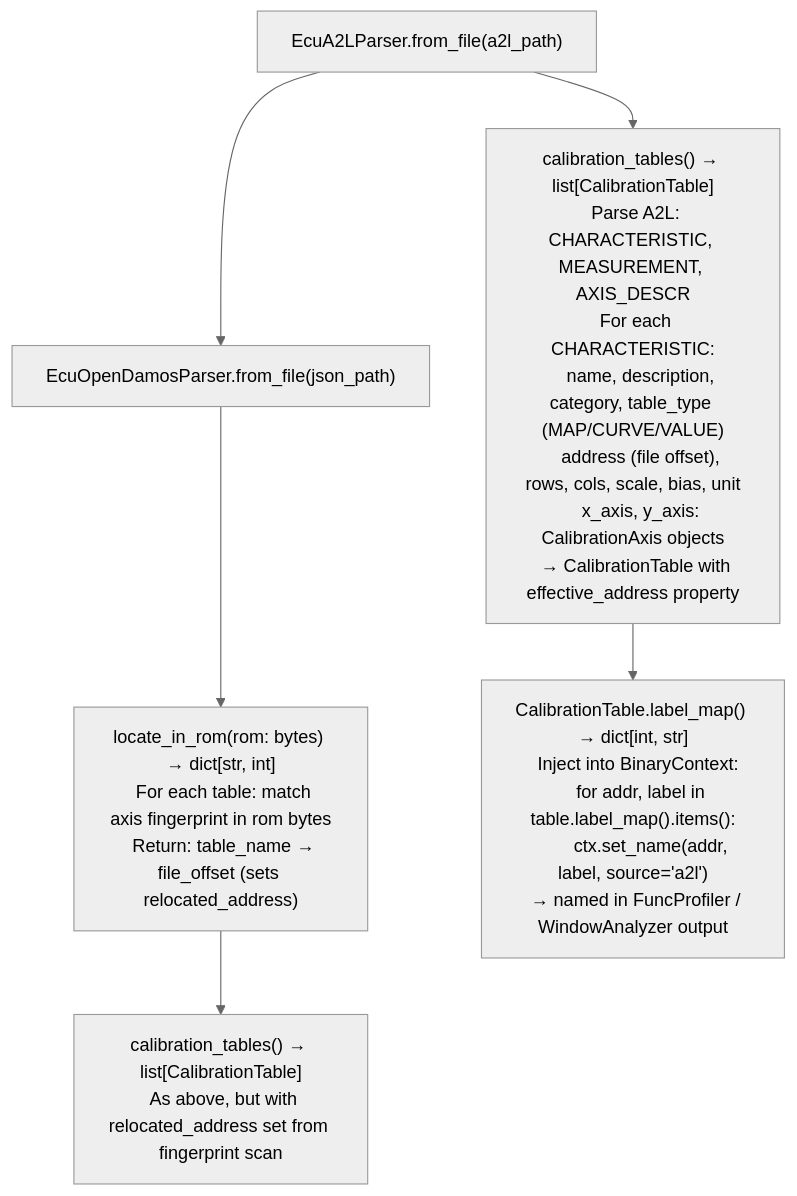
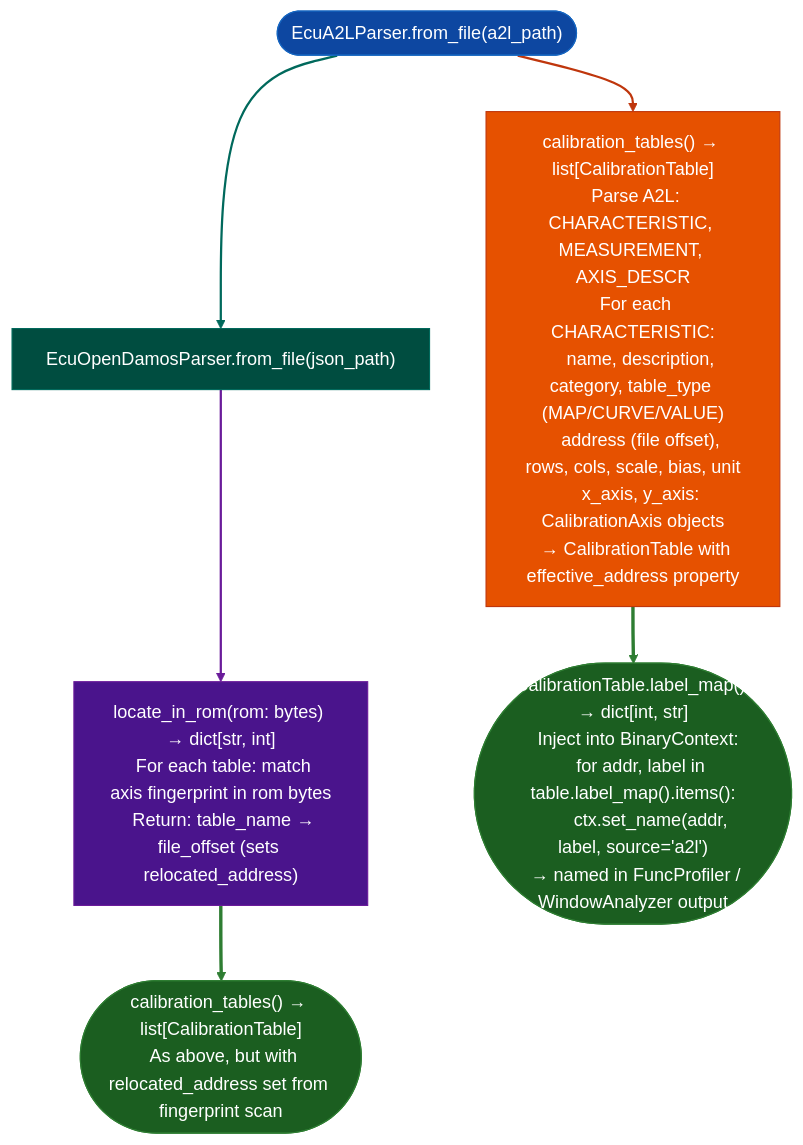
The diagram in docs/reference-modules/calibration-parsers.md (Ablation-Tool/ablation), drawn with Mermaid (neutral theme) before and after one commit. The commit also changed 320 other files, not shown here.

First line of the commit message:
docs: apply canonical Mermaid template to all 321 diagrams

````diff
--- a/docs/reference-modules/calibration-parsers.md
+++ b/docs/reference-modules/calibration-parsers.md
@@ -19,7 +19,18 @@
 ```mermaid
 flowchart TD
-    A["EcuA2LParser.from_file(a2l_path)"] --> B["calibration_tables() → list[CalibrationTable]\n  Parse A2L: CHARACTERISTIC, MEASUREMENT, AXIS_DESCR\n  For each CHARACTERISTIC:\n    name, description, category, table_type (MAP/CURVE/VALUE)\n    address (file offset), rows, cols, scale, bias, unit\n    x_axis, y_axis: CalibrationAxis objects\n  → CalibrationTable with effective_address property"]
-    A --> C["EcuOpenDamosParser.from_file(json_path)"] --> D["locate_in_rom(rom: bytes) → dict[str, int]\n  For each table: match axis fingerprint in rom bytes\n  Return: table_name → file_offset (sets relocated_address)"]
-    D --> E["calibration_tables() → list[CalibrationTable]\n  As above, but with relocated_address set from fingerprint scan"]
-    B --> F["CalibrationTable.label_map() → dict[int, str]\n  Inject into BinaryContext:\n    for addr, label in table.label_map().items():\n        ctx.set_name(addr, label, source='a2l')\n  → named in FuncProfiler / WindowAnalyzer output"]
+    A(["EcuA2LParser.from_file(a2l_path)"]):::input --> B["calibration_tables() → list[CalibrationTable]\n  Parse A2L: CHARACTERISTIC, MEASUREMENT, AXIS_DESCR\n  For each CHARACTERISTIC:\n    name, description, category, table_type (MAP/CURVE/VALUE)\n    address (file offset), rows, cols, scale, bias, unit\n    x_axis, y_axis: CalibrationAxis objects\n  → CalibrationTable with effective_address property"]:::primary
+    A:::input --> C["EcuOpenDamosParser.from_file(json_path)"]:::secondary --> D["locate_in_rom(rom: bytes) → dict[str, int]\n  For each table: match axis fingerprint in rom bytes\n  Return: table_name → file_offset (sets relocated_address)"]:::tertiary
+    D:::tertiary --> E(["calibration_tables() → list[CalibrationTable]\n  As above, but with relocated_address set from fingerprint scan"]):::output
+    B:::primary --> F(["CalibrationTable.label_map() → dict[int, str]\n  Inject into BinaryContext:\n    for addr, label in table.label_map().items():\n        ctx.set_name(addr, label, source='a2l')\n  → named in FuncProfiler / WindowAnalyzer output"]):::output
+    classDef input     fill:#0d47a1,stroke:#1565c0,color:#fff
+    classDef primary   fill:#e65100,stroke:#bf360c,color:#fff
+    classDef secondary fill:#004d40,stroke:#00695c,color:#fff
+    classDef tertiary  fill:#4a148c,stroke:#6a1b9a,color:#fff
+    classDef neutral   fill:#37474f,stroke:#546e7a,color:#fff
+    classDef output    fill:#1b5e20,stroke:#2e7d32,color:#fff
+    linkStyle 0 stroke:#bf360c,stroke-width:2px
+    linkStyle 1 stroke:#00695c,stroke-width:2px
+    linkStyle 2 stroke:#6a1b9a,stroke-width:2px
+    linkStyle 3 stroke:#2e7d32,stroke-width:3px
+    linkStyle 4 stroke:#2e7d32,stroke-width:3px
 ```
````
